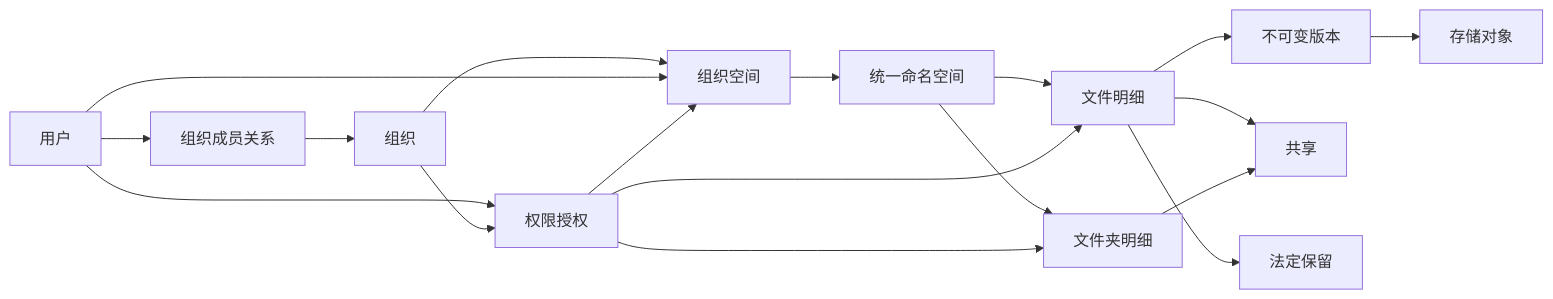
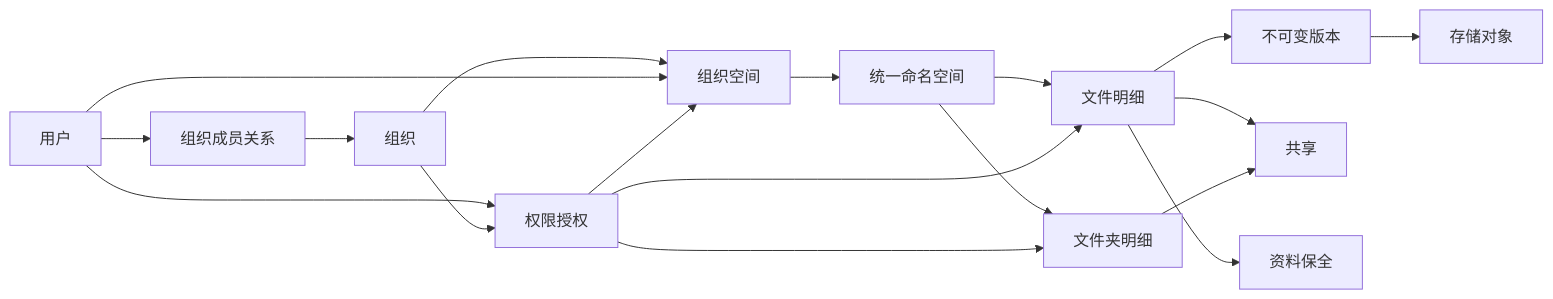
One commit to LURENJIAPD/File-Workshop changed the diagram in docs/File-Workshop-V1.0-数据库设计说明.md. Above: the diagram before and after it, drawn with Mermaid. The commit also changed other lines of this file and 20 other files, not shown here.

````diff
--- a/docs/File-Workshop-V1.0-数据库设计说明.md
+++ b/docs/File-Workshop-V1.0-数据库设计说明.md
@@ -163,20 +163,20 @@
 ```mermaid
 flowchart LR
     U[用户] --> UO[组织成员关系]
     UO --> O[组织]
     O --> S[组织空间]
     U --> S
     S --> N[统一命名空间]
     N --> F[文件夹明细]
     N --> D[文件明细]
     D --> V[不可变版本]
     V --> SO[存储对象]
     U --> PG[权限授权]
     O --> PG
     PG --> S
     PG --> F
     PG --> D
     D --> SH[共享]
     F --> SH
-    D --> LH[法定保留]
+    D --> LH[资料保全]
 ```
````
